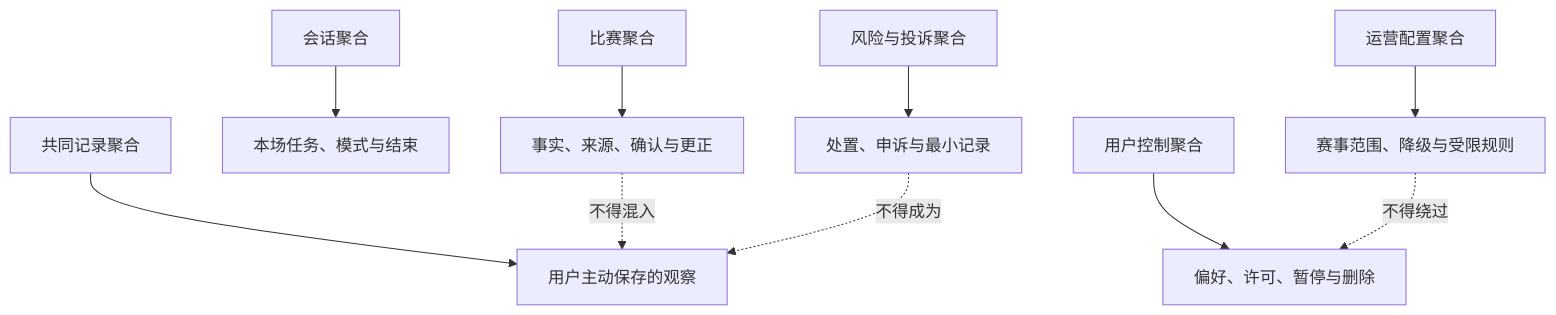
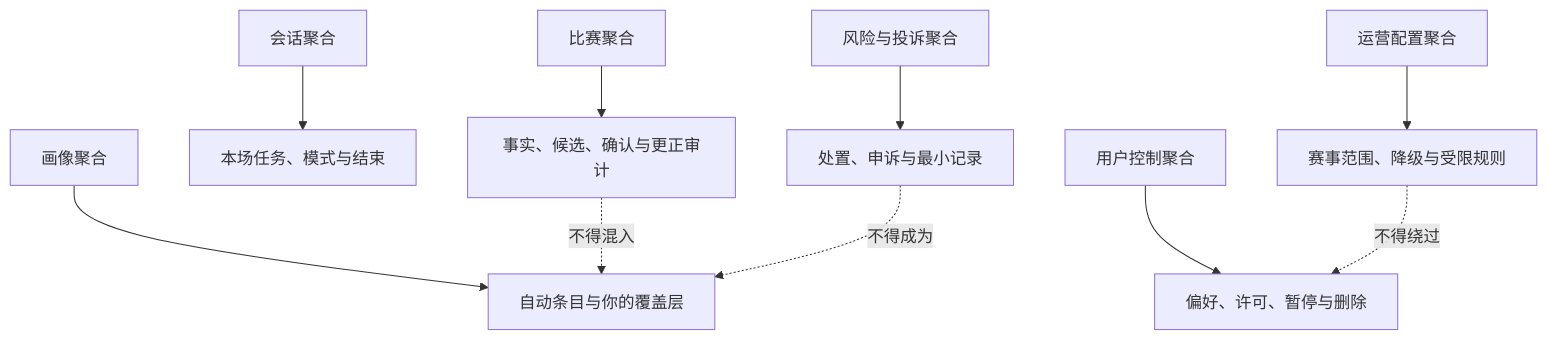
Before and after one commit to weiz98417-crypto/qiuqiu: the third of 9 diagrams in docs/球球全套资料/4.产品设计/41-领域数据模型设计.md, drawn with Mermaid. The commit also changed other lines of this file and 49 other files, not shown here.

````diff
--- a/docs/球球全套资料/4.产品设计/41-领域数据模型设计.md
+++ b/docs/球球全套资料/4.产品设计/41-领域数据模型设计.md
@@ -193,12 +162,12 @@
 ```mermaid
 flowchart TB
-    M[比赛聚合] --> F[事实、来源、确认与更正]
+    M[比赛聚合] --> F[事实、候选、确认与更正审计]
     S[会话聚合] --> Q[本场任务、模式与结束]
     P[用户控制聚合] --> C[偏好、许可、暂停与删除]
-    R[共同记录聚合] --> N[用户主动保存的观察]
+    PR[画像聚合] --> N[自动条目与你的覆盖层]
     K[风险与投诉聚合] --> H[处置、申诉与最小记录]
     O[运营配置聚合] --> G[赛事范围、降级与受限规则]
     F -.不得混入.-> N
     H -.不得成为.-> N
     G -.不得绕过.-> C
 ```
````
